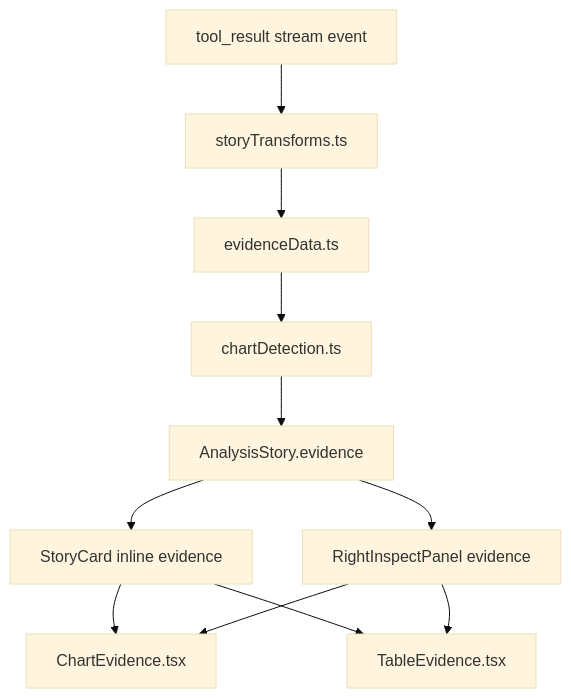
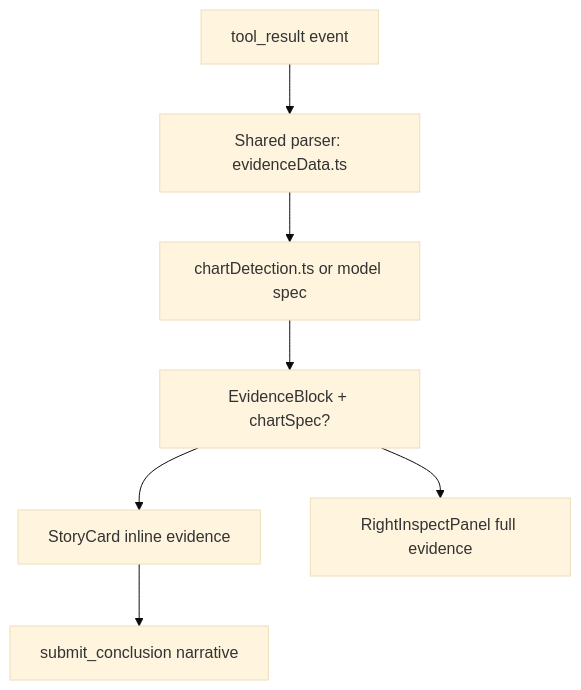
The diagram in docs/builder-app-oai/v0.3-visual-storytelling/design.md (zhouhang-chn/databricks-ai-dev-kit), drawn with Mermaid (base theme) before and after one commit. The commit also changed other lines of this file and 2 other files, not shown here.

````diff
--- a/docs/builder-app-oai/v0.3-visual-storytelling/design.md
+++ b/docs/builder-app-oai/v0.3-visual-storytelling/design.md
@@ -55,23 +94,15 @@
 ```mermaid
 flowchart TD
-  Stream["tool_result stream event"]
-  Transform["storyTransforms.ts"]
-  Parser["evidenceData.ts"]
-  Detect["chartDetection.ts"]
-  Story["AnalysisStory.evidence"]
-  StoryCard["StoryCard inline evidence"]
-  Inspect["RightInspectPanel evidence"]
-  Chart["ChartEvidence.tsx"]
-  Table["TableEvidence.tsx"]
+  Event["tool_result event"]
+  Parse["Shared parser: evidenceData.ts"]
+  Detect["chartDetection.ts or model spec"]
+  Evidence["EvidenceBlock + chartSpec?"]
+  Story["StoryCard inline evidence"]
+  Inspect["RightInspectPanel full evidence"]
+  Conclusion["submit_conclusion narrative"]
 
-  Stream --> Transform
-  Transform --> Parser
-  Parser --> Detect
-  Detect --> Story
-  Story --> StoryCard
-  Story --> Inspect
-  StoryCard --> Chart
-  StoryCard --> Table
-  Inspect --> Chart
-  Inspect --> Table
+  Event --> Parse --> Detect --> Evidence
+  Evidence --> Story
+  Evidence --> Inspect
+  Story --> Conclusion
 ```
````
